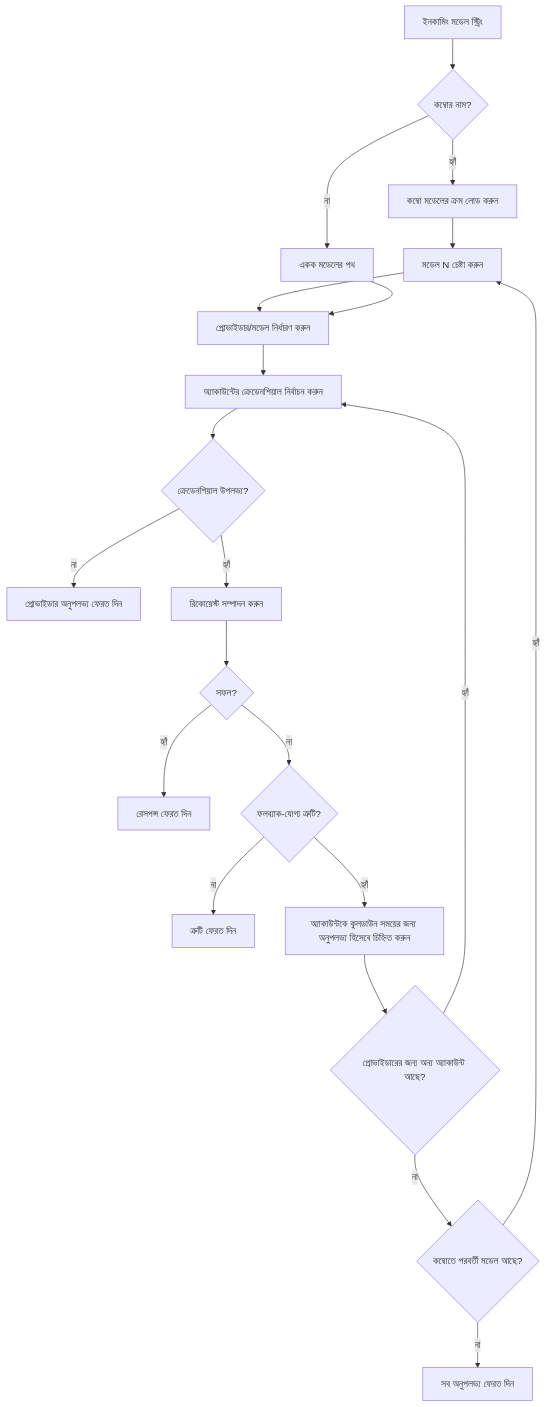
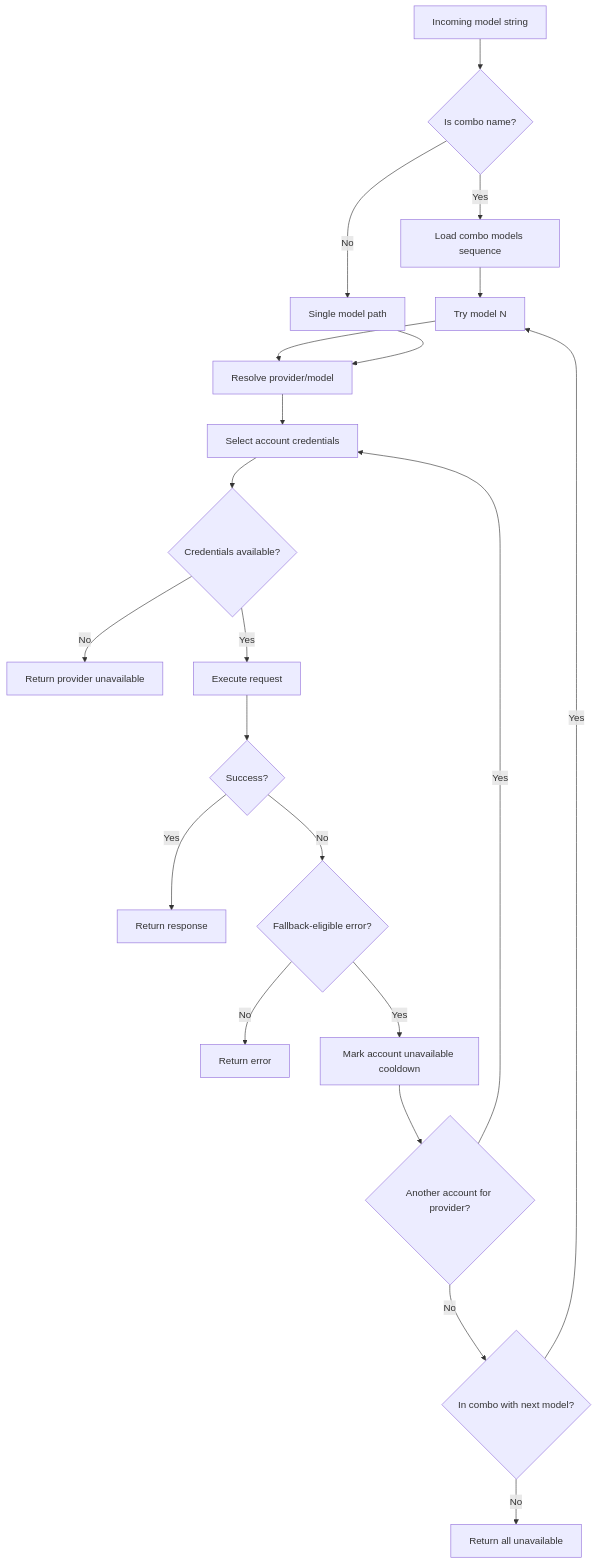
Before and after one commit to niyatna/NiyatnaRoute: the third of 7 diagrams in docs/i18n/bn/docs/architecture/ARCHITECTURE.md, drawn with Mermaid. The commit also changed other lines of this file and 2447 other files, not shown here.

````diff
--- a/docs/i18n/bn/docs/architecture/ARCHITECTURE.md
+++ b/docs/i18n/bn/docs/architecture/ARCHITECTURE.md
@@ -597,27 +377,27 @@
 ```mermaid
 flowchart TD
-    A[ইনকামিং মডেল স্ট্রিং] --> B{কম্বোর নাম?}
-    B -- হ্যাঁ --> C[কম্বো মডেলের ক্রম লোড করুন]
-    B -- না --> D[একক মডেলের পথ]
+    A[Incoming model string] --> B{Is combo name?}
+    B -- Yes --> C[Load combo models sequence]
+    B -- No --> D[Single model path]
 
-    C --> E[মডেল N চেষ্টা করুন]
-    E --> F[প্রোভাইডার/মডেল নির্ধারণ করুন]
+    C --> E[Try model N]
+    E --> F[Resolve provider/model]
     D --> F
 
-    F --> G[অ্যাকাউন্টের ক্রেডেনশিয়াল নির্বাচন করুন]
-    G --> H{ক্রেডেনশিয়াল উপলভ্য?}
-    H -- না --> I[প্রোভাইডার অনুপলভ্য ফেরত দিন]
-    H -- হ্যাঁ --> J[রিকোয়েস্ট সম্পাদন করুন]
+    F --> G[Select account credentials]
+    G --> H{Credentials available?}
+    H -- No --> I[Return provider unavailable]
+    H -- Yes --> J[Execute request]
 
-    J --> K{সফল?}
-    K -- হ্যাঁ --> L[রেসপন্স ফেরত দিন]
-    K -- না --> M{ফলব্যাক-যোগ্য ত্রুটি?}
+    J --> K{Success?}
+    K -- Yes --> L[Return response]
+    K -- No --> M{Fallback-eligible error?}
 
-    M -- না --> N[ত্রুটি ফেরত দিন]
-    M -- হ্যাঁ --> O[অ্যাকাউন্টকে কুলডাউন সময়ের জন্য অনুপলভ্য হিসেবে চিহ্নিত করুন]
-    O --> P{প্রোভাইডারের জন্য অন্য অ্যাকাউন্ট আছে?}
-    P -- হ্যাঁ --> G
-    P -- না --> Q{কম্বোতে পরবর্তী মডেল আছে?}
-    Q -- হ্যাঁ --> E
-    Q -- না --> R[সব অনুপলভ্য ফেরত দিন]
+    M -- No --> N[Return error]
+    M -- Yes --> O[Mark account unavailable cooldown]
+    O --> P{Another account for provider?}
+    P -- Yes --> G
+    P -- No --> Q{In combo with next model?}
+    Q -- Yes --> E
+    Q -- No --> R[Return all unavailable]
 ```
````
